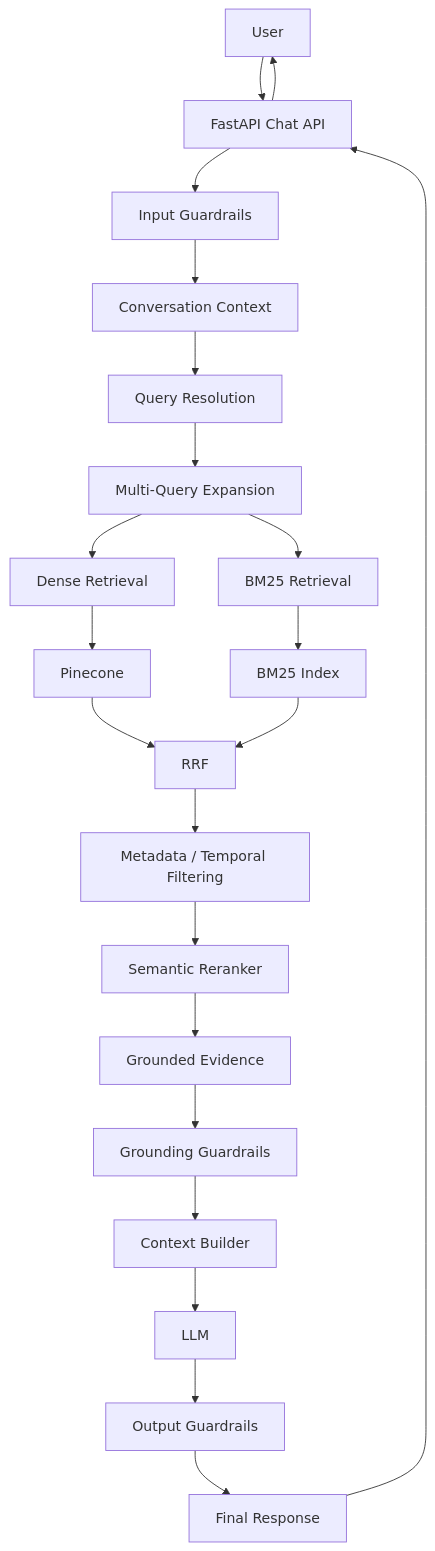
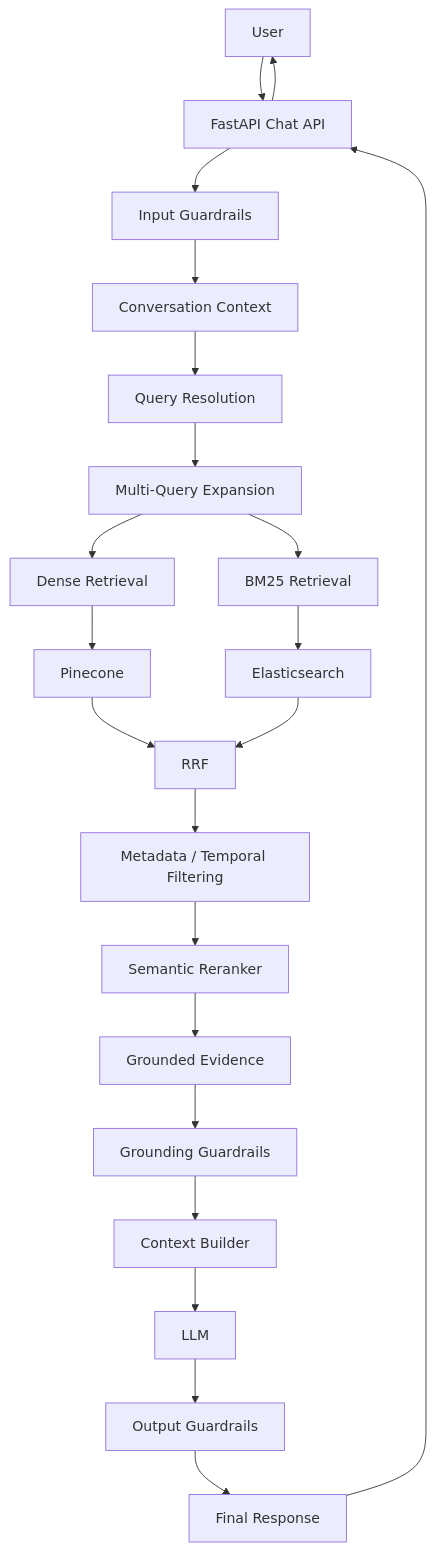
Before and after one commit to AdithyaGopakumar/Advanced-RAG-Banking: diagram 17 of 17 in docs/RAG_DESIGN.md, drawn with Mermaid. The commit also changed other lines of this file and 8 other files, not shown here.

````diff
--- a/docs/RAG_DESIGN.md
+++ b/docs/RAG_DESIGN.md
@@ -1037,54 +1037,54 @@
 ```mermaid
 flowchart TD
     User["User"]
     API["FastAPI Chat API"]
 
     Input["Input Guardrails"]
     Memory["Conversation Context"]
     Query["Query Resolution"]
     MQE["Multi-Query Expansion"]
 
     Dense["Dense Retrieval"]
     BM25["BM25 Retrieval"]
     Pinecone["Pinecone"]
-    Lexical["BM25 Index"]
+    Lexical["Elasticsearch"]
 
     RRF["RRF"]
     Filter["Metadata / Temporal Filtering"]
     Reranker["Semantic Reranker"]
 
     Evidence["Grounded Evidence"]
     Grounding["Grounding Guardrails"]
     Context["Context Builder"]
 
     LLM["LLM"]
     Output["Output Guardrails"]
     Response["Final Response"]
 
     User --> API
     API --> Input
     Input --> Memory
     Memory --> Query
     Query --> MQE
 
     MQE --> Dense
     MQE --> BM25
 
     Dense --> Pinecone
     BM25 --> Lexical
 
     Pinecone --> RRF
     Lexical --> RRF
 
     RRF --> Filter
     Filter --> Reranker
     Reranker --> Evidence
 
     Evidence --> Grounding
     Grounding --> Context
     Context --> LLM
     LLM --> Output
     Output --> Response
     Response --> API
     API --> User
 ```
````
